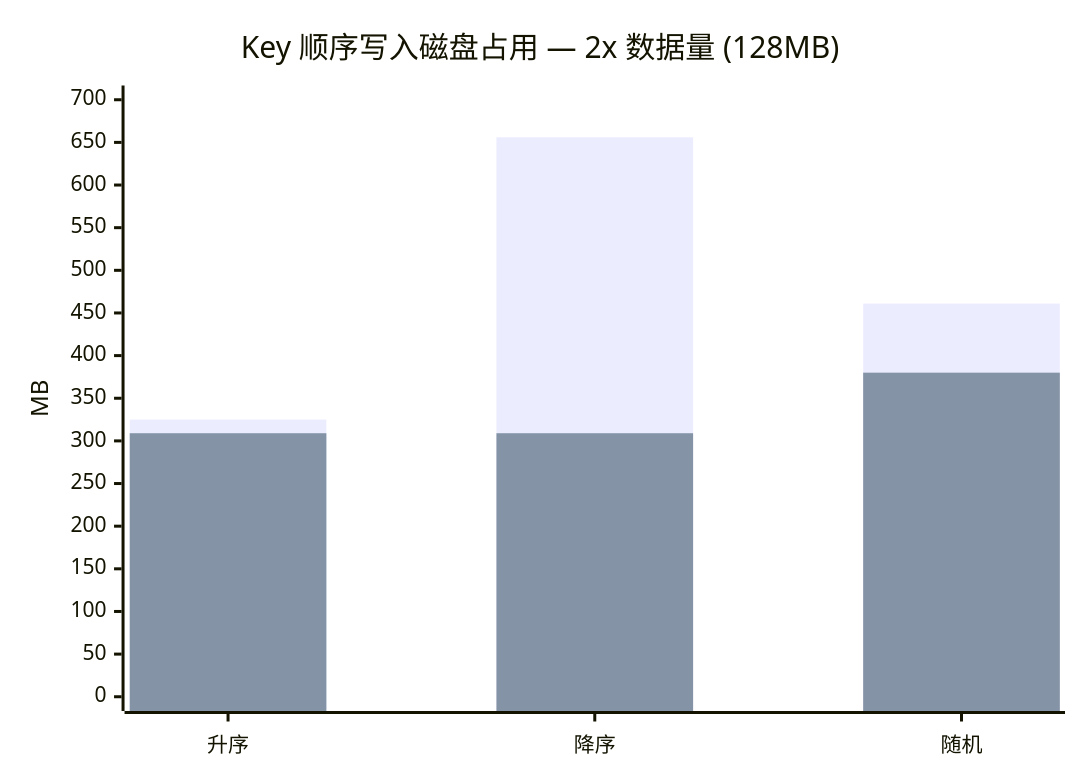
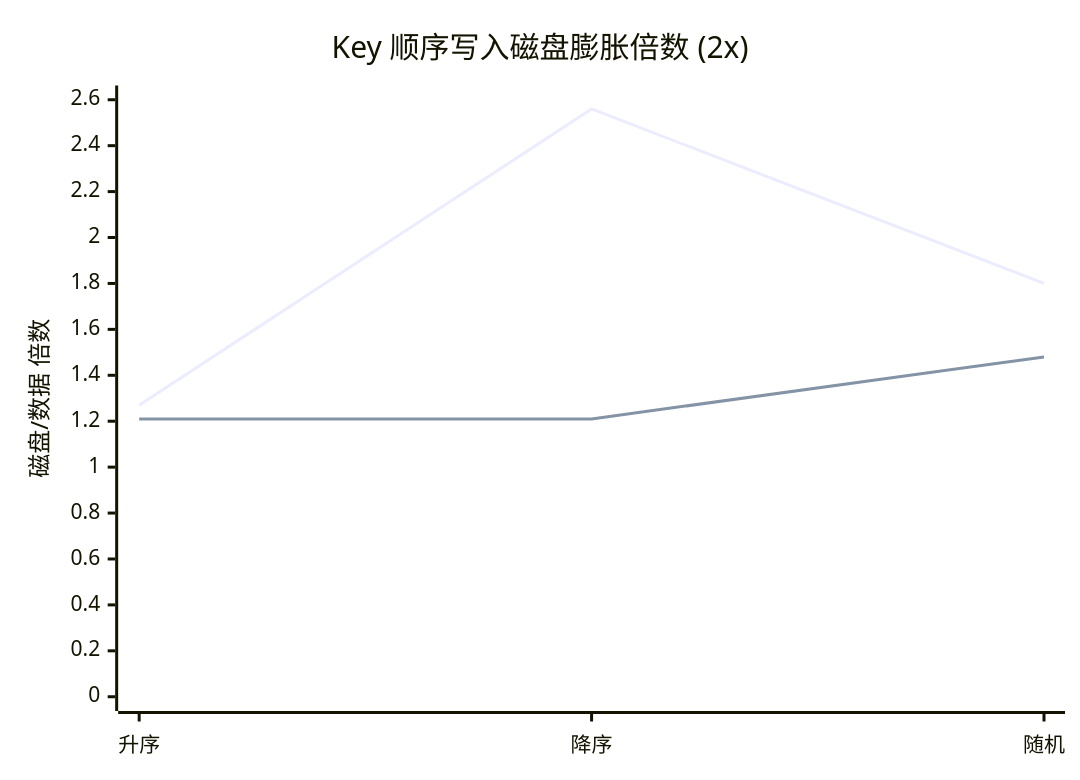
Diagram 15 of 16 in packages/db-bench/README.md (bangbang93/playground.js), drawn with Mermaid before and after one commit. The commit also changed other lines of this file, not shown here.

First line of the commit message:
docs(db-bench): replace stacked bars with ratio lines in Mermaid charts

````diff
--- a/packages/db-bench/README.md
+++ b/packages/db-bench/README.md
@@ -375,8 +384,8 @@
 ```mermaid
 xychart-beta
-    title "Key 顺序写入磁盘占用 — 2x 数据量 (128MB)"
+    title "Key 顺序写入磁盘膨胀倍数 (2x)"
     x-axis ["升序", "降序", "随机"]
-    y-axis "MB" 0 --> 700
-    bar [325, 656, 461]
-    bar [309, 309, 380]
+    y-axis "磁盘/数据 倍数" 0 --> 2.6
+    line [1.27, 2.56, 1.80]
+    line [1.21, 1.21, 1.48]
 ```
````
